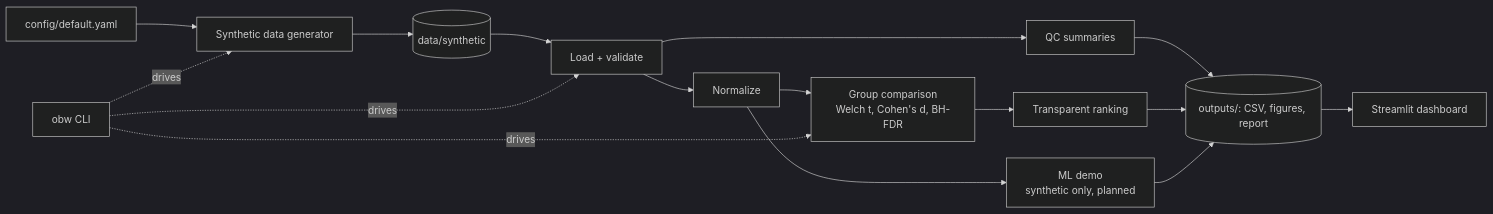
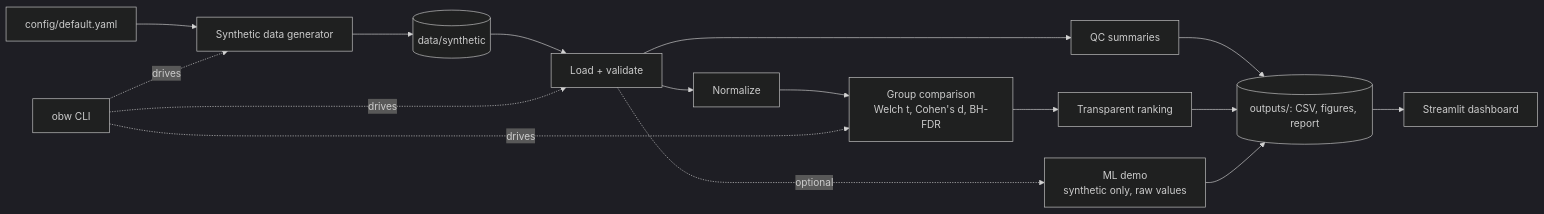
One commit to JonathanMCopelandJr/oncogenomics-biomarker-workbench changed the diagram in README.md. Above: the diagram before and after it, drawn with Mermaid (dark theme). The commit also changed other lines of this file and 24 other files, not shown here.

````diff
--- a/README.md
+++ b/README.md
@@ -27,16 +27,16 @@
 ```mermaid
 flowchart LR
     CFG[config/default.yaml] --> GEN[Synthetic data generator]
     GEN --> DATA[(data/synthetic)]
     DATA --> LOAD[Load + validate]
     LOAD --> QC[QC summaries]
     LOAD --> NORM[Normalize]
     NORM --> CMP[Group comparison<br/>Welch t, Cohen's d, BH-FDR]
     CMP --> RANK[Transparent ranking]
-    NORM --> ML[ML demo<br/>synthetic only, planned]
+    LOAD -.optional.-> ML[ML demo<br/>synthetic only, raw values]
     QC --> OUT[(outputs/: CSV, figures, report)]
     RANK --> OUT
     ML --> OUT
     OUT --> APP[Streamlit dashboard]
     CLI[obw CLI] -.drives.-> GEN & LOAD & CMP
 ```
````
